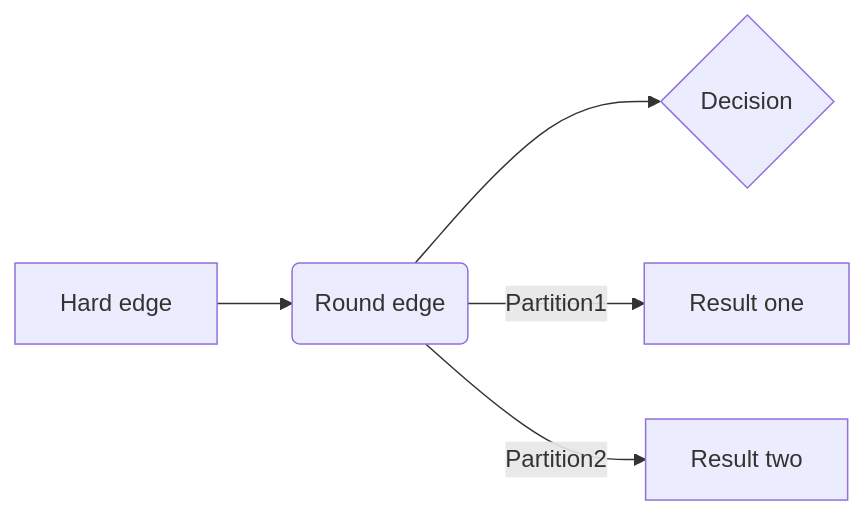
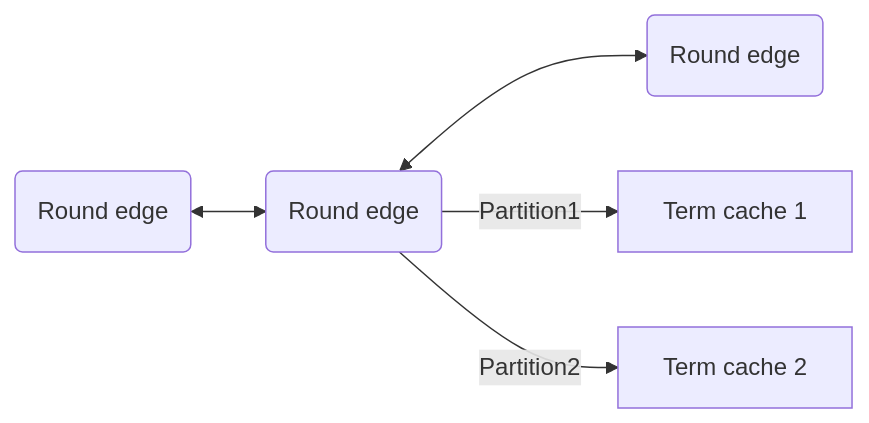
One commit to ohhi-vn/super_cache changed the second of 2 diagrams in README.md. Above: the diagram before and after it, drawn with Mermaid. The commit also changed other lines of this file, not shown here.

Commit message:
fix Readme flow for github

````diff
--- a/README.md
+++ b/README.md
@@ -34,7 +37,7 @@
 ```mermaid
 graph LR
-Client[Hard edge] -->Api(Round edge)
-    Api --> Hash{Decision}
-    Api -->|Partition1| D[Result one]
-    Api -->|Partition2| E[Result two]
+Client(Round edge)<-->Api(Round edge)
+    Api<-->Hash(Round edge)
+    Api -->|Partition1| E1[Term cache 1]
+    Api -->|Partition2| E2[Term cache 2]
 ```
````
